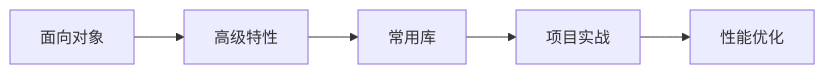
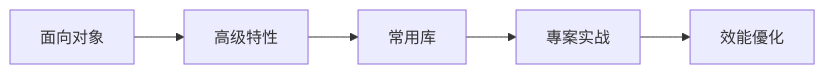
The second of 3 diagrams in 3 Resources/01-Tech/Programming/Python/Python知识库导航.md (kmjade/knowledge-value), drawn with Mermaid before and after one commit. The commit also changed other lines of this file and 653 other files, not shown here.

````diff
--- a/3 Resources/01-Tech/Programming/Python/Python知识库导航.md
+++ b/3 Resources/01-Tech/Programming/Python/Python知识库导航.md
@@ -91,7 +91,7 @@
 ```mermaid
 graph LR
     A[面向对象] --> B[高级特性]
     B --> C[常用库]
-    C --> D[项目实战]
-    D --> E[性能优化]
+    C --> D[專案实战]
+    D --> E[效能優化]
 ```
````
